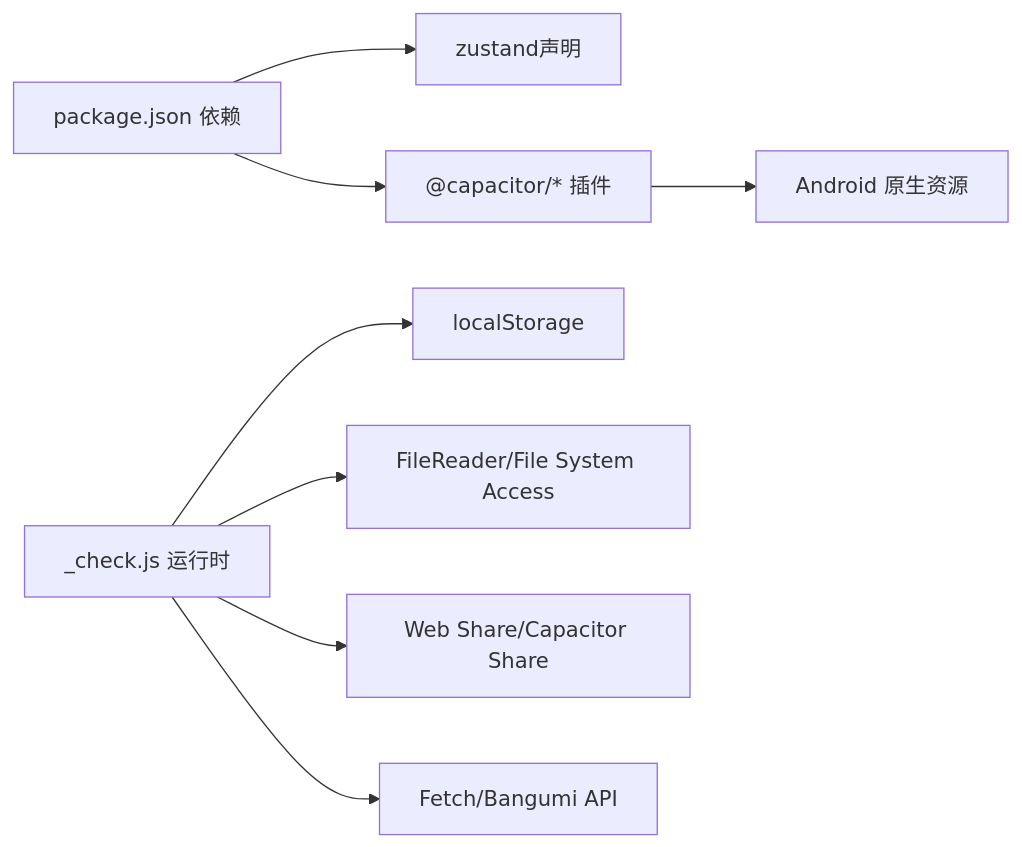
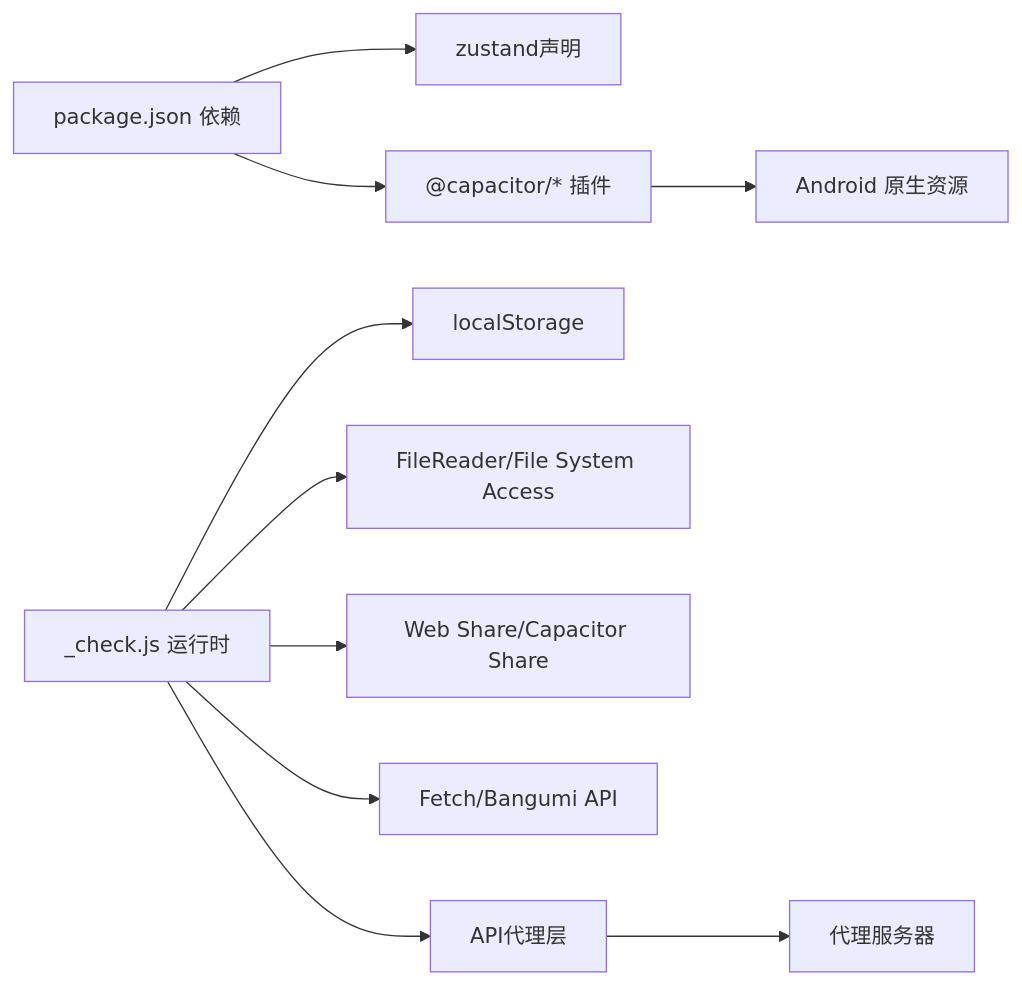
Diagram 11 of 11 in .qoder/repowiki/zh/content/核心功能模块/核心功能模块.md (KAGUYA284/anima-list), drawn with Mermaid before and after one commit. The commit also changed other lines of this file and 17 other files, not shown here.

````diff
--- a/.qoder/repowiki/zh/content/核心功能模块/核心功能模块.md
+++ b/.qoder/repowiki/zh/content/核心功能模块/核心功能模块.md
@@ -335,10 +455,12 @@
 ```mermaid
 graph LR
 P["package.json 依赖"] --> Z["zustand声明"]
 P --> CA["@capacitor/* 插件"]
 JS["_check.js 运行时"] --> LS["localStorage"]
 JS --> FS["FileReader/File System Access"]
 JS --> SH["Web Share/Capacitor Share"]
 JS --> BG["Fetch/Bangumi API"]
+JS --> AP["API代理层"]
+AP --> PR["代理服务器"]
 CA --> AND["Android 原生资源"]
 ```
````
